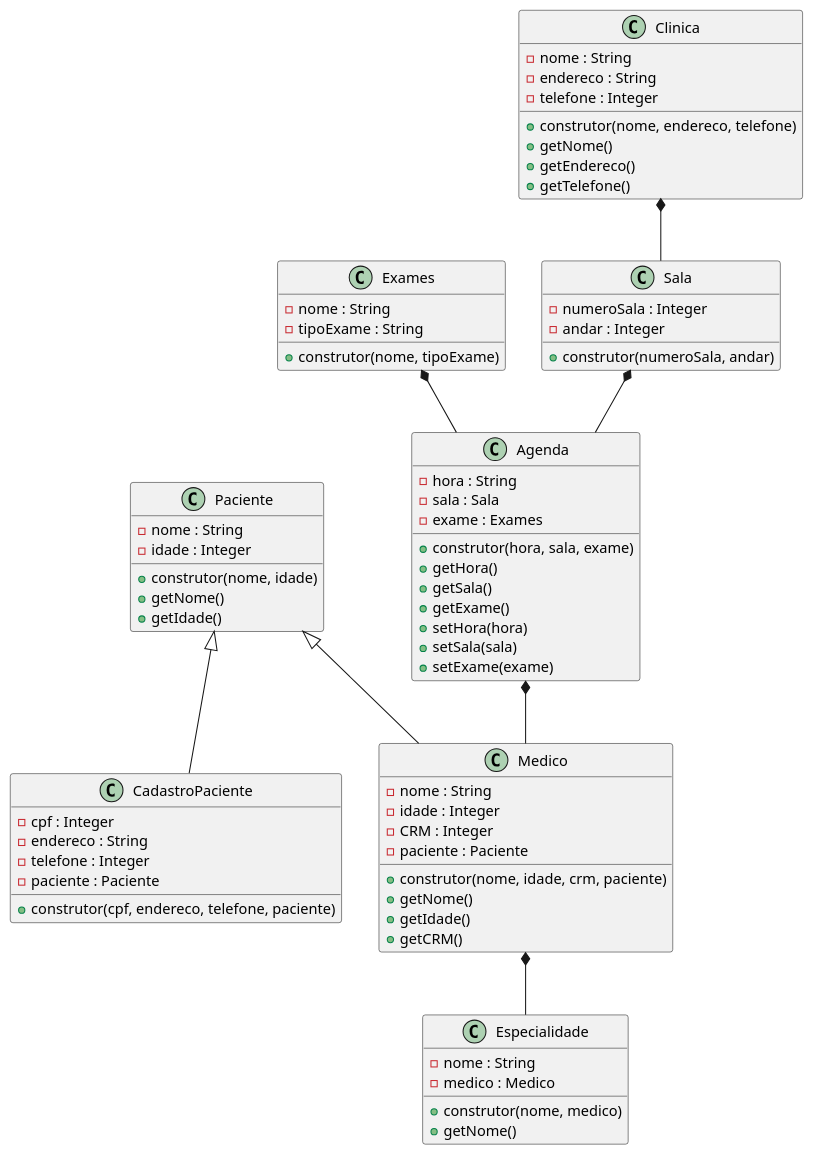
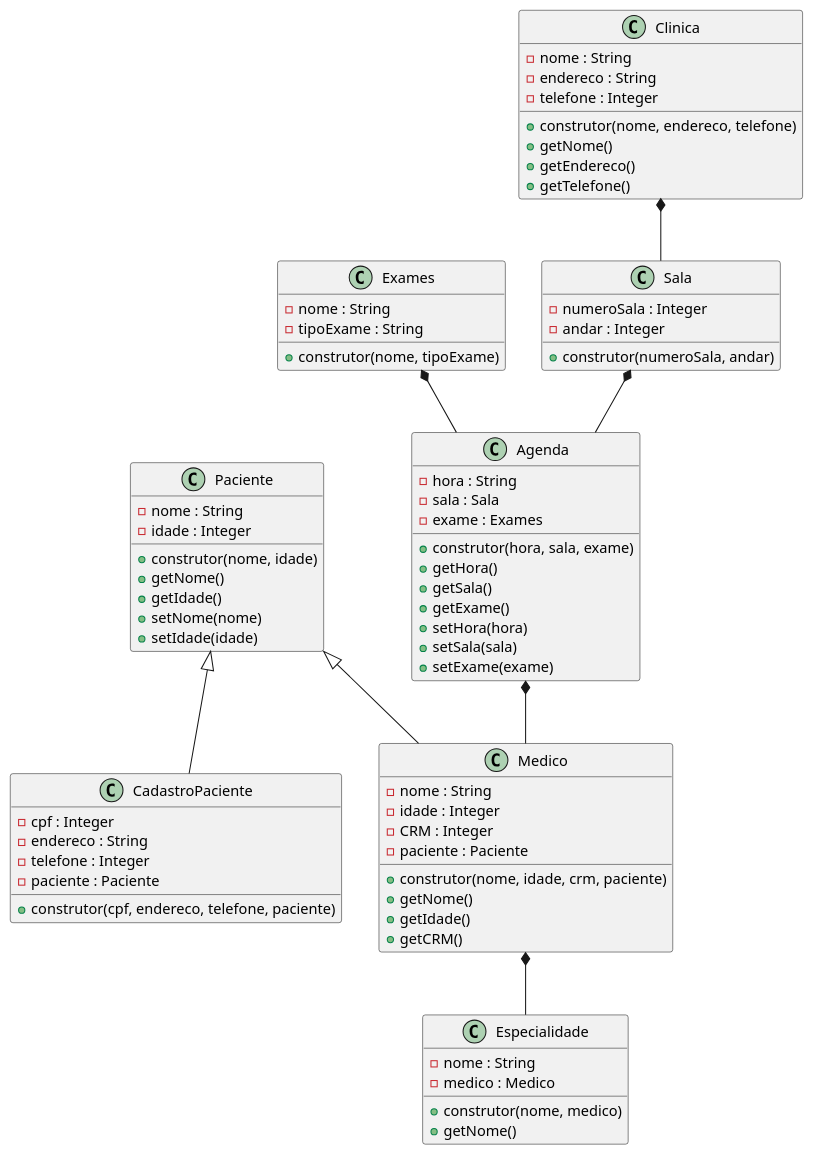
One commit to anleaes/2022-1-N2-POO-03 changed the diagram in diagrama.plantuml. Above: the diagram before and after it, drawn with PlantUML.

Commit message:
criado sets na classe paciente

```diff
--- a/diagrama.plantuml
+++ b/diagrama.plantuml
@@ -1,80 +1,82 @@
 @startuml Gerenciamento de Exames Medicos
 
     class Agenda{
         - hora : String
         - sala : Sala
         - exame : Exames
         + construtor(hora, sala, exame)
         + getHora()
         + getSala()
         + getExame()
         + setHora(hora)
         + setSala(sala)
         + setExame(exame)
     }
 
     class Paciente{
         - nome : String
         - idade : Integer
         + construtor(nome, idade)
         + getNome()
         + getIdade()
+        + setNome(nome)
+        + setIdade(idade)
     }
 
     class CadastroPaciente{
         - cpf : Integer
         - endereco : String
         - telefone : Integer
         - paciente : Paciente
         + construtor(cpf, endereco, telefone, paciente)
     }
 
     class Medico{
         - nome : String
         - idade : Integer
         - CRM : Integer
         - paciente : Paciente
         + construtor(nome, idade, crm, paciente)
         + getNome()
         + getIdade()
         + getCRM()
     }
 
     class Exames{
         - nome : String
         - tipoExame : String
         + construtor(nome, tipoExame)
     }
 
     class Especialidade{
         - nome : String
         - medico : Medico
         + construtor(nome, medico)
         + getNome()
     }
 
     class Clinica{
         - nome : String
         - endereco : String
         - telefone : Integer
         + construtor(nome, endereco, telefone)
         + getNome()
         + getEndereco()
         + getTelefone()
     }
 
     class Sala{
         - numeroSala : Integer
         - andar : Integer
         + construtor(numeroSala, andar)
     }
 
     Paciente <|-- CadastroPaciente
     Paciente <|-- Medico
     Medico *-- Especialidade
     Exames *-- Agenda
     Sala *-- Agenda
     Agenda *-- Medico
     Clinica *-- Sala
 
 @enduml
```
